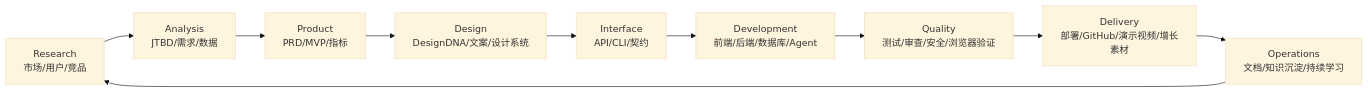
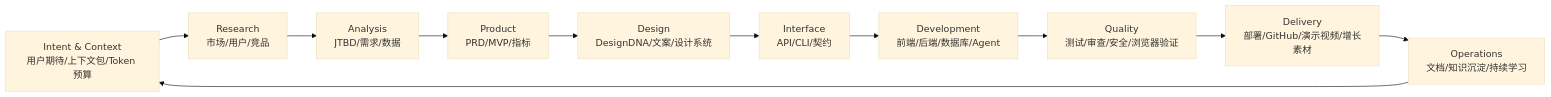
One commit to tiantangcao1980-web/Super-Skill changed the diagram in catalog/lifecycle-map.md. Above: the diagram before and after it, drawn with Mermaid (base theme). The commit also changed other lines of this file and 14 other files, not shown here.

````diff
--- a/catalog/lifecycle-map.md
+++ b/catalog/lifecycle-map.md
@@ -7,12 +7,13 @@
 ```mermaid
 flowchart LR
-  A["Research<br/>市场/用户/竞品"] --> B["Analysis<br/>JTBD/需求/数据"]
+  Z["Intent & Context<br/>用户期待/上下文包/Token 预算"] --> A["Research<br/>市场/用户/竞品"]
+  A --> B["Analysis<br/>JTBD/需求/数据"]
   B --> C["Product<br/>PRD/MVP/指标"]
   C --> D["Design<br/>DesignDNA/文案/设计系统"]
   D --> E["Interface<br/>API/CLI/契约"]
   E --> F["Development<br/>前端/后端/数据库/Agent"]
   F --> G["Quality<br/>测试/审查/安全/浏览器验证"]
   G --> H["Delivery<br/>部署/GitHub/演示视频/增长素材"]
   H --> I["Operations<br/>文档/知识沉淀/持续学习"]
-  I --> A
+  I --> Z
 ```
````
